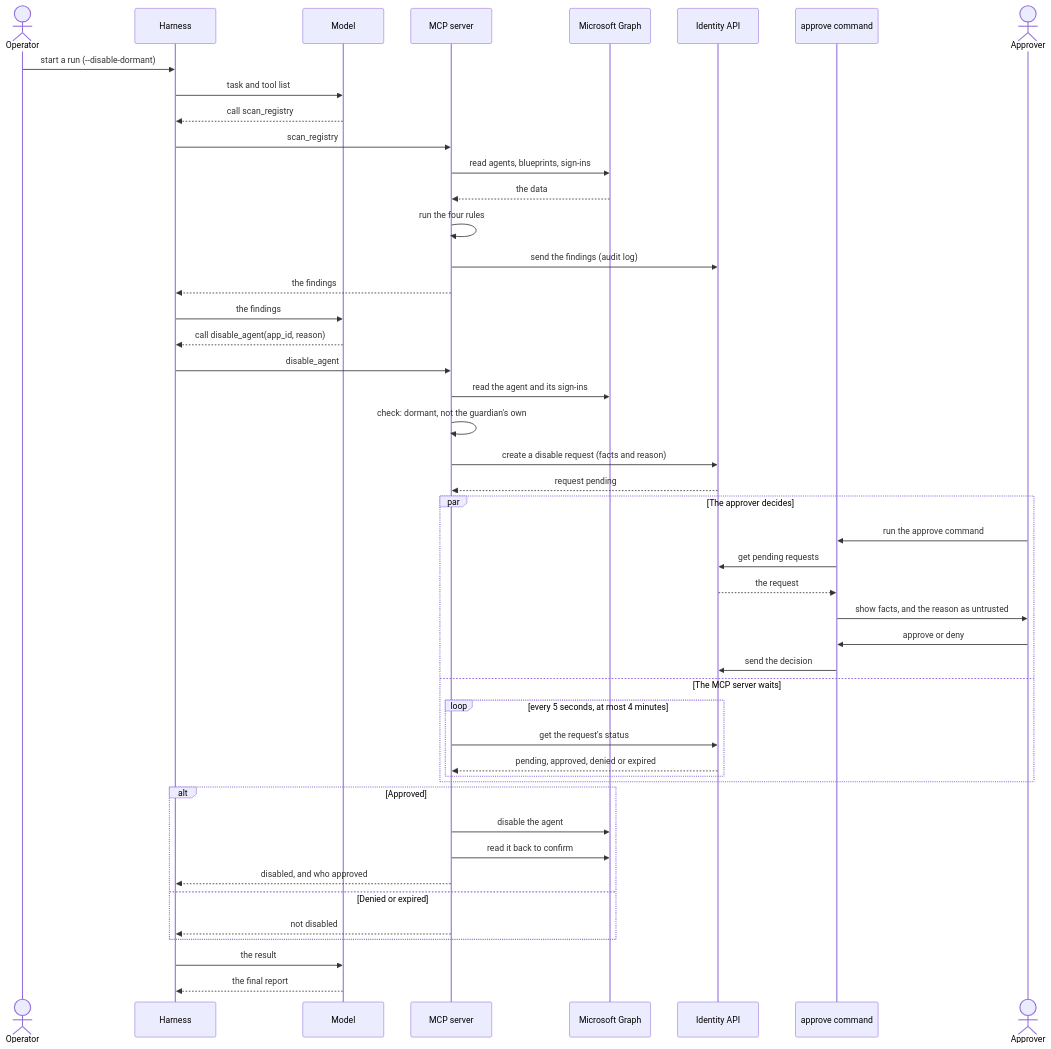
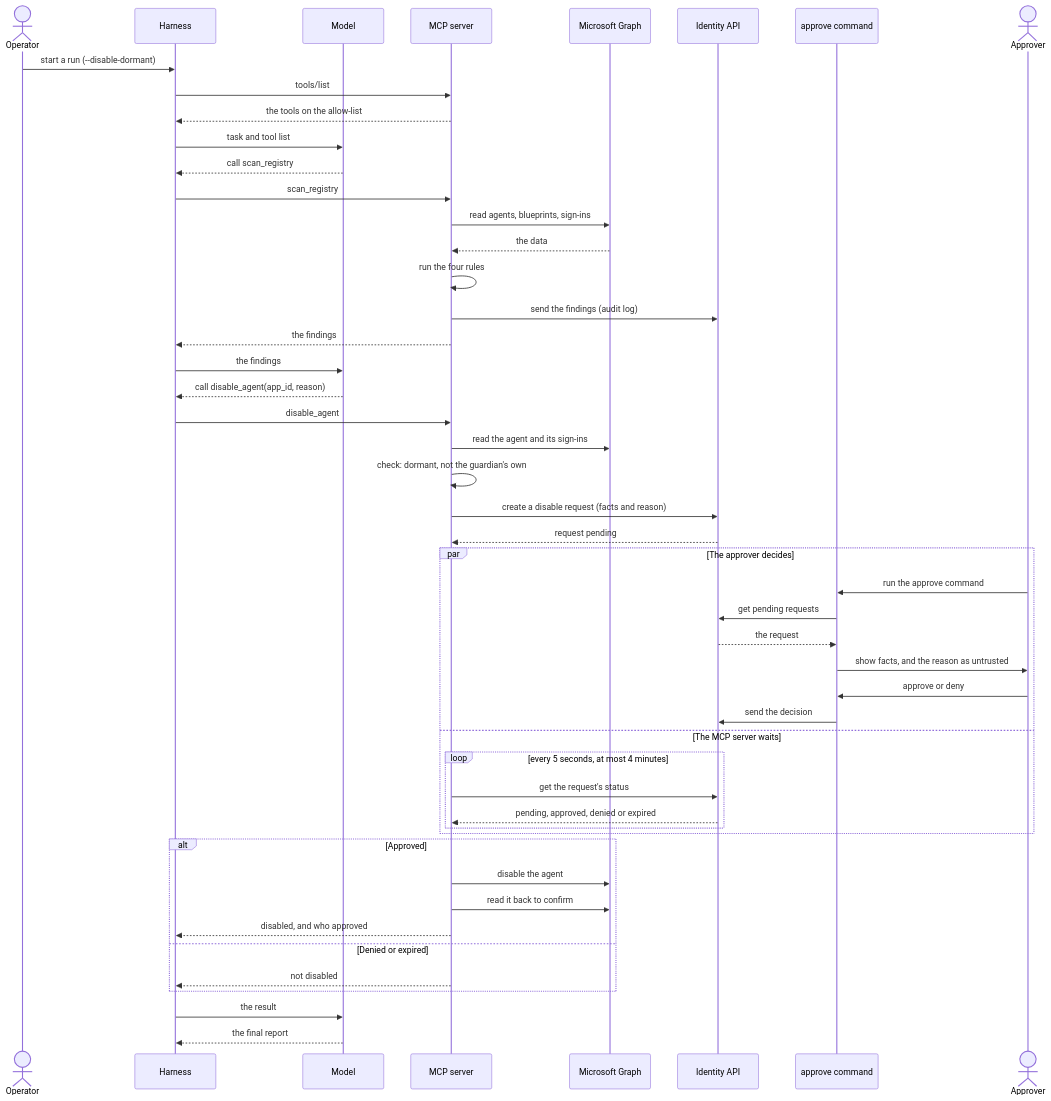
The fourth of 6 diagrams in docs/agent-architecture.md (alireza-mpr/agent-steward), drawn with Mermaid before and after one commit.

Commit message:
docs: main flow starts with tools/list

````diff
--- a/docs/agent-architecture.md
+++ b/docs/agent-architecture.md
@@ -437,53 +437,55 @@
 ```mermaid
 sequenceDiagram
     actor O as Operator
     participant H as Harness
     participant L as Model
     participant M as MCP server
     participant G as Microsoft Graph
     participant A as Identity API
     participant C as approve command
     actor P as Approver
 
     O->>H: start a run (--disable-dormant)
+    H->>M: tools/list
+    M-->>H: the tools on the allow-list
     H->>L: task and tool list
     L-->>H: call scan_registry
     H->>M: scan_registry
     M->>G: read agents, blueprints, sign-ins
     G-->>M: the data
     M->>M: run the four rules
     M->>A: send the findings (audit log)
     M-->>H: the findings
     H->>L: the findings
 
     L-->>H: call disable_agent(app_id, reason)
     H->>M: disable_agent
     M->>G: read the agent and its sign-ins
     M->>M: check: dormant, not the guardian's own
     M->>A: create a disable request (facts and reason)
     A-->>M: request pending
 
     par The approver decides
         P->>C: run the approve command
         C->>A: get pending requests
         A-->>C: the request
         C->>P: show facts, and the reason as untrusted
         P->>C: approve or deny
         C->>A: send the decision
     and The MCP server waits
         loop every 5 seconds, at most 4 minutes
             M->>A: get the request's status
             A-->>M: pending, approved, denied or expired
         end
     end
 
     alt Approved
         M->>G: disable the agent
         M->>G: read it back to confirm
         M-->>H: disabled, and who approved
     else Denied or expired
         M-->>H: not disabled
     end
     H->>L: the result
     L-->>H: the final report
 ```
````
